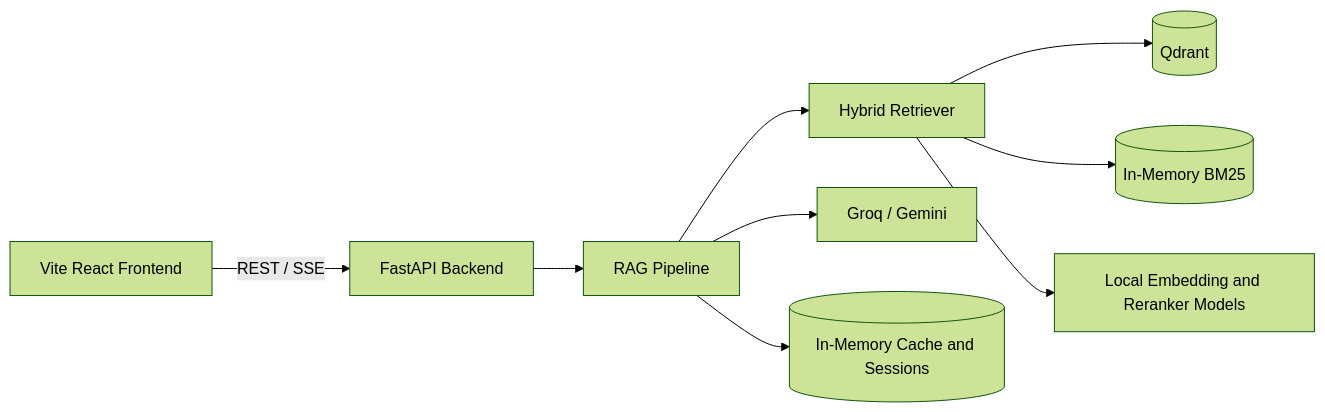
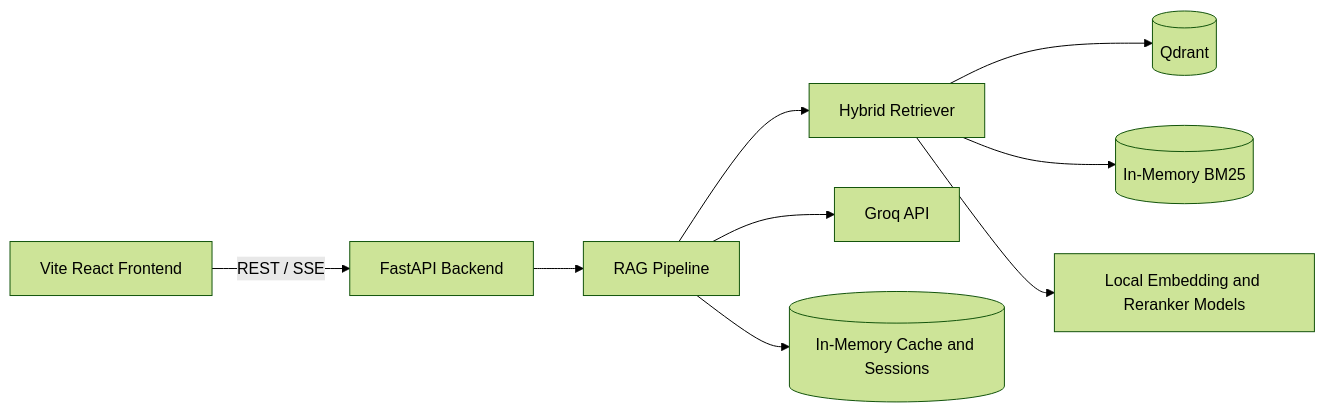
One commit to NamTV2712/Enterprise-Document-QA- changed the first of 4 diagrams in ARCHITECTURE.md. Above: the diagram before and after it, drawn with Mermaid (forest theme). The commit also changed other lines of this file and 2 other files, not shown here.

Commit message:
Document the Groq-only architecture

````diff
--- a/ARCHITECTURE.md
+++ b/ARCHITECTURE.md
@@ -9,21 +9,21 @@
 ```mermaid
 flowchart LR
     Browser[Vite React Frontend]
     API[FastAPI Backend]
     Pipeline[RAG Pipeline]
     Retrieval[Hybrid Retriever]
     Qdrant[(Qdrant)]
     BM25[(In-Memory BM25)]
     Models[Local Embedding and Reranker Models]
-    Providers[Groq / Gemini]
+    Providers[Groq API]
     Memory[(In-Memory Cache and Sessions)]
 
     Browser -->|REST / SSE| API
     API --> Pipeline
     Pipeline --> Retrieval
     Retrieval --> Qdrant
     Retrieval --> BM25
     Retrieval --> Models
     Pipeline --> Providers
     Pipeline --> Memory
 ```
````
